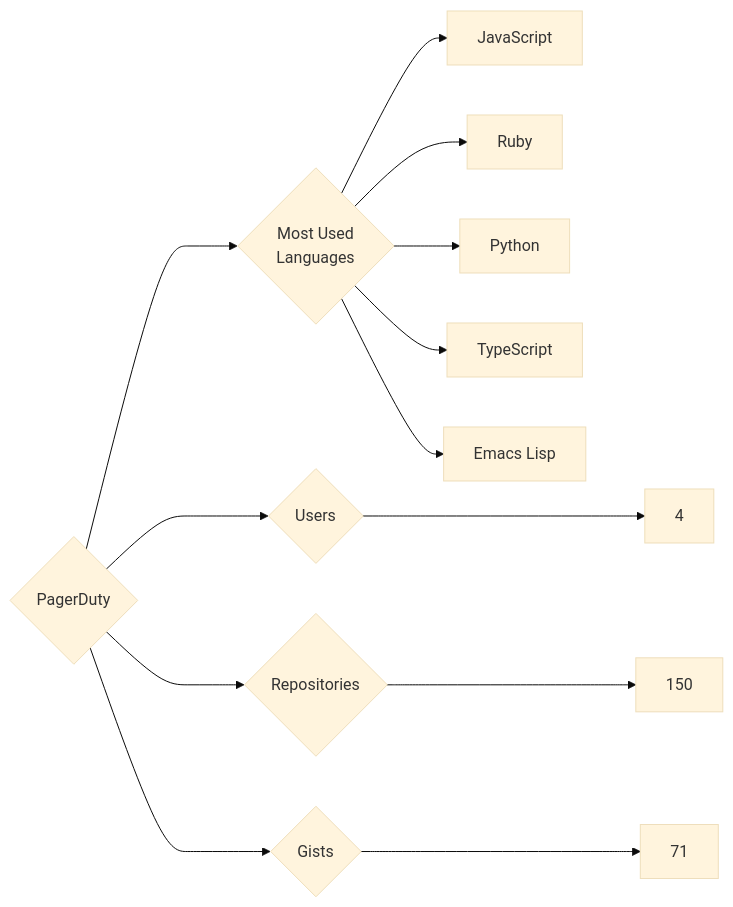
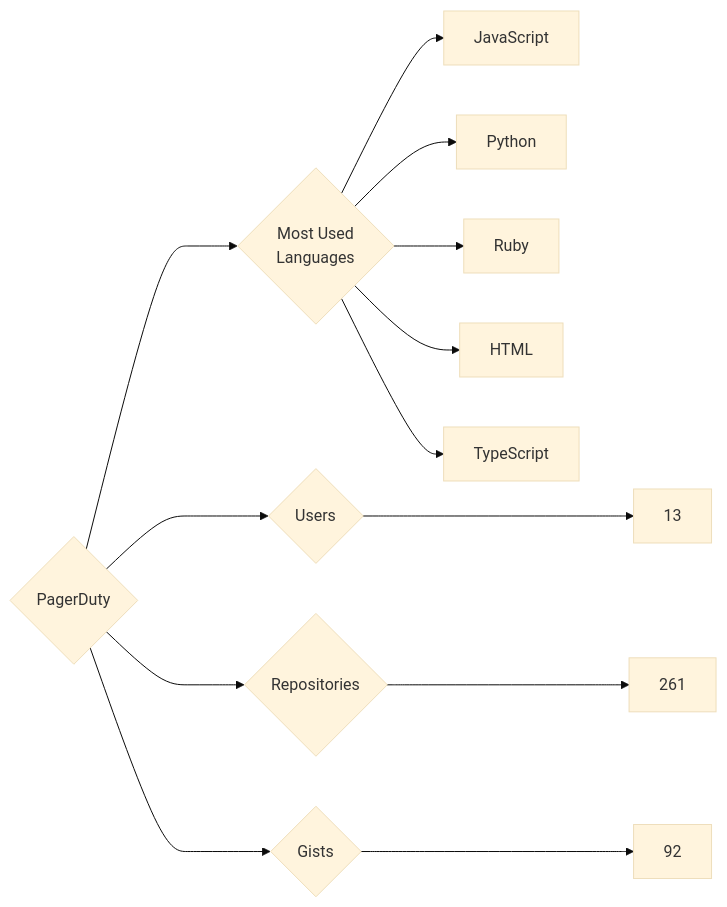
Before and after one commit to trickest/insiders: the diagram in targets/PagerDuty/README.md, drawn with Mermaid (base theme). The commit also changed 796 other files, not shown here.

````diff
--- a/targets/PagerDuty/README.md
+++ b/targets/PagerDuty/README.md
@@ -3,13 +3,13 @@
 ```mermaid
 graph LR
 COMPANY_NAME{PagerDuty}
-COMPANY_NAME ---> U{Users} ---> UN[4]
-COMPANY_NAME ---> R{Repositories} ---> RN[150]
-COMPANY_NAME ---> G{Gists} ---> GN[71]
+COMPANY_NAME ---> U{Users} ---> UN[13]
+COMPANY_NAME ---> R{Repositories} ---> RN[261]
+COMPANY_NAME ---> G{Gists} ---> GN[92]
 COMPANY_NAME ---> ML{Most Used<br>Languages}
 ML --> JavaScript[JavaScript]
+ML --> Python[Python]
 ML --> Ruby[Ruby]
-ML --> Python[Python]
+ML --> HTML[HTML]
 ML --> TypeScript[TypeScript]
-ML --> Emacs_Lisp[Emacs Lisp]
 ```
````
